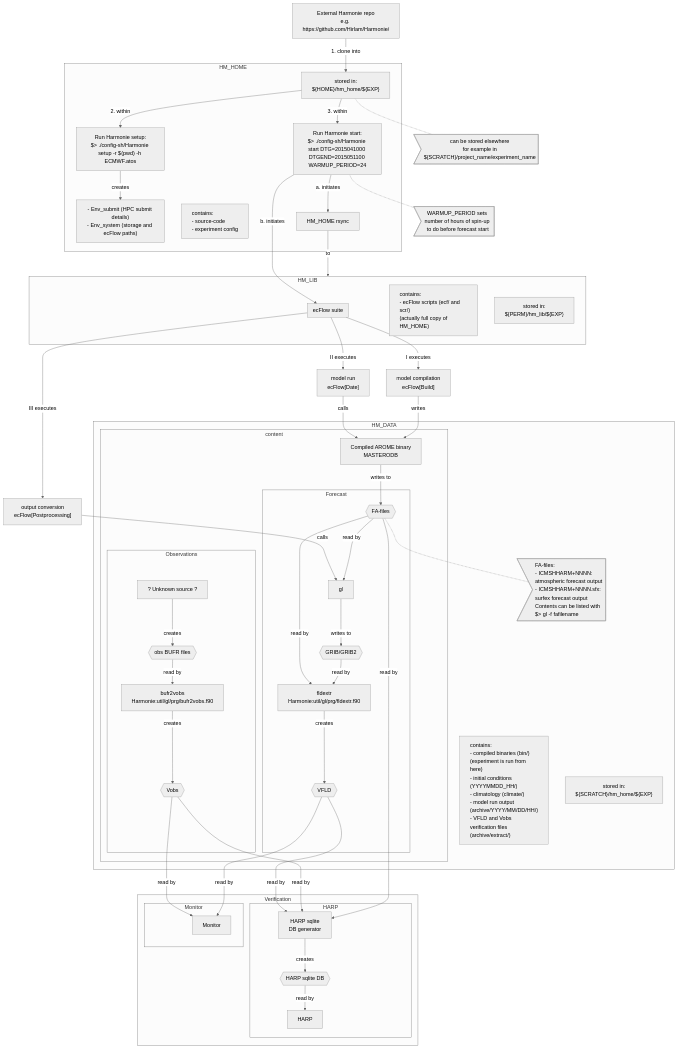
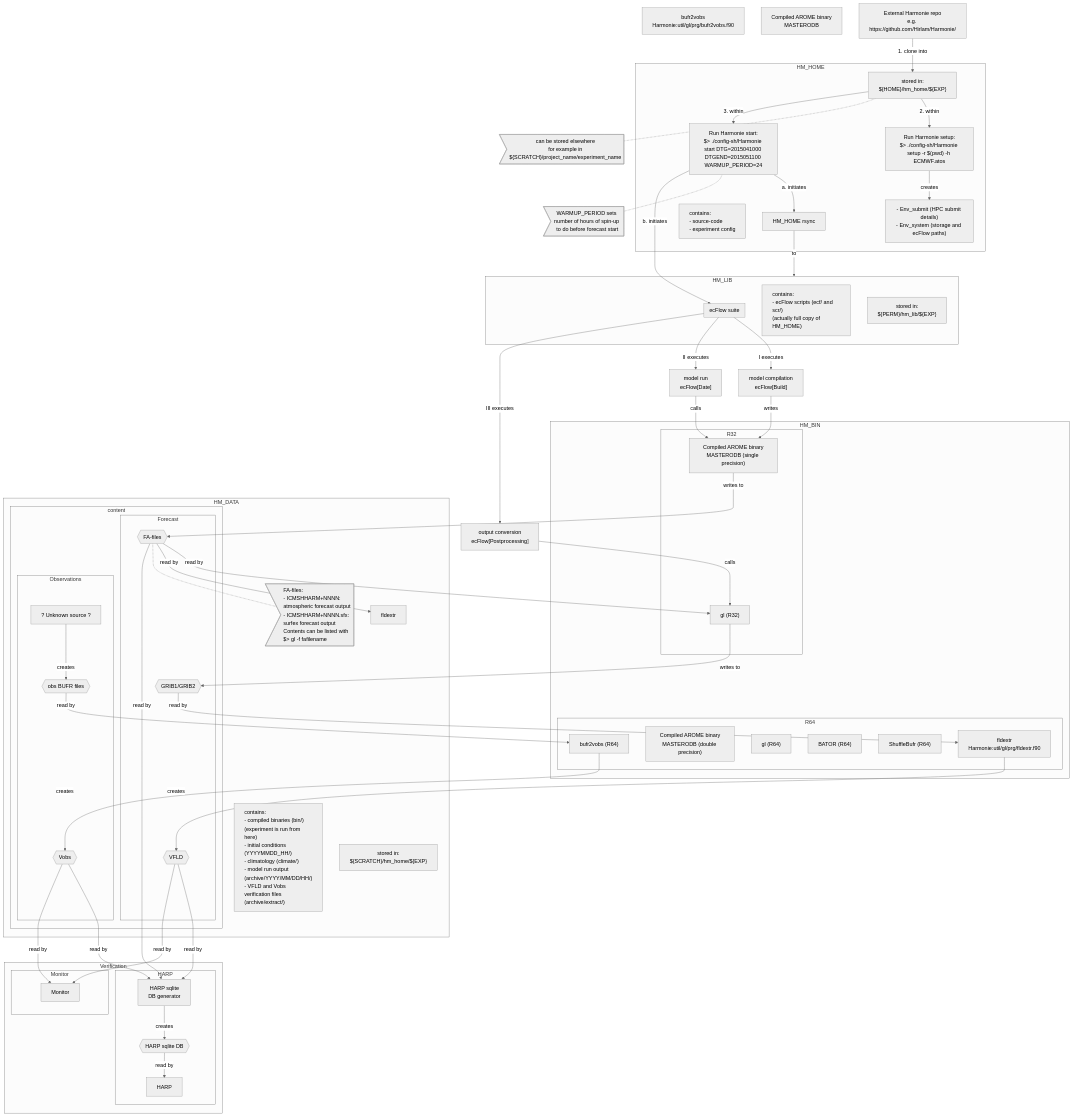
Before and after one commit to leifdenby/HarmonieCheatSheet: the diagram in README.md, drawn with Mermaid (neutral theme).

Commit message:
Explicit show HM_BIN (#1)

```diff
--- a/README.md
+++ b/README.md
@@ -6,16 +6,22 @@
 graph TB
 
 %% programs
-gl
-fldextr["fldextr\nHarmonie:util/gl/prg/fldextr.f90"]
+fldextr_64["fldextr\nHarmonie:util/gl/prg/fldextr.f90"]
 HARP
 HARPsqliteGenerator["HARP sqlite\nDB generator"]
 bufr2vobs["bufr2vobs\nHarmonie:util/gl/prg/bufr2vobs.f90"]
 compiledAromeBinary["Compiled AROME binary\nMASTERODB"]
+compiledAromeBinary_R32["Compiled AROME binary\nMASTERODB (single precision)"]
+gl_R32["gl (R32)"]
+compiledAromeBinary_R64["Compiled AROME binary\nMASTERODB (double precision)"]
+gl_R64["gl (R64)"]
+bator_R64["BATOR (R64)"]
+shufflebufr_R64["ShuffleBufr (R64)"]
+bufr2vobs_R64["bufr2vobs (R64)"]
 Monitor
 
 %% files
-GRIB2{{GRIB/GRIB2}}
+GRIB2{{GRIB1/GRIB2}}
 obsBUFR{{"obs BUFR files"}}
 Vobs{{Vobs}}
 VFLD{{VFLD}}
@@ -62,13 +68,13 @@
 modelRun["model run\necFlow[Date]"]
 outputConversion["output conversion\necFlow[Postprocessing]"]
 
-ecFlowSuite -- I executes --> modelCompilation 
+ecFlowSuite -- I executes --> modelCompilation
 ecFlowSuite -- II executes --> modelRun
 ecFlowSuite -- III executes --> outputConversion
 
-modelRun -- calls --> compiledAromeBinary
-modelCompilation -- writes --> compiledAromeBinary
-outputConversion -- calls --> gl
+modelRun -- calls --> compiledAromeBinary_R32
+modelCompilation -- writes --> compiledAromeBinary_R32
+outputConversion -- calls --> gl_R32
 
 %% HM_LIB
 
@@ -79,8 +85,23 @@
 ecFlowSuite
 end
 
-compiledAromeBinary -- writes to --> FAFiles
-FAFiles -- read by --> gl
+compiledAromeBinary_R32 -- writes to --> FAFiles
+FAFiles -- read by --> gl_R32
+
+subgraph HM_BIN
+subgraph R32
+compiledAromeBinary_R32
+gl_R32
+end
+subgraph R64
+compiledAromeBinary_R64
+gl_R64
+fldextr_64
+bator_R64
+shufflebufr_R64
+bufr2vobs_R64
+end
+end
 
 subgraph HM_DATA
 hm_data_content["contains:\n- compiled binaries (bin/)\n(experiment is run from here)\n- initial conditions (YYYYMMDD_HH/)\n- climatology (climate/)\n- model run output (archive/YYYY/MM/DD/HH/)\n- VFLD and Vobs verification files (archive/extract/)"]:::leftalign
@@ -94,23 +115,23 @@
 
 subgraph Forecast
 FAFiles
-gl -- writes to --> GRIB2
-GRIB2 -- read by --> fldextr
-fldextr -- creates --> VFLD
+gl_R32 -- writes to --> GRIB2
+GRIB2 -- read by --> fldextr_64
+fldextr_64 -- creates --> VFLD
 end
 
 unknownSource["? Unknown source ?"]
 
 subgraph Observations
 unknownSource -- creates --> obsBUFR
-obsBUFR -- read by --> bufr2vobs
-bufr2vobs -- creates --> Vobs
+obsBUFR -- read by --> bufr2vobs_R64
+bufr2vobs_R64 -- creates --> Vobs
 end
 end
 
 subgraph hmDataContent["content"]
-compiledAromeBinary
-gl
+compiledAromeBinary_R32
+gl_R32
 end
 end
 
```
